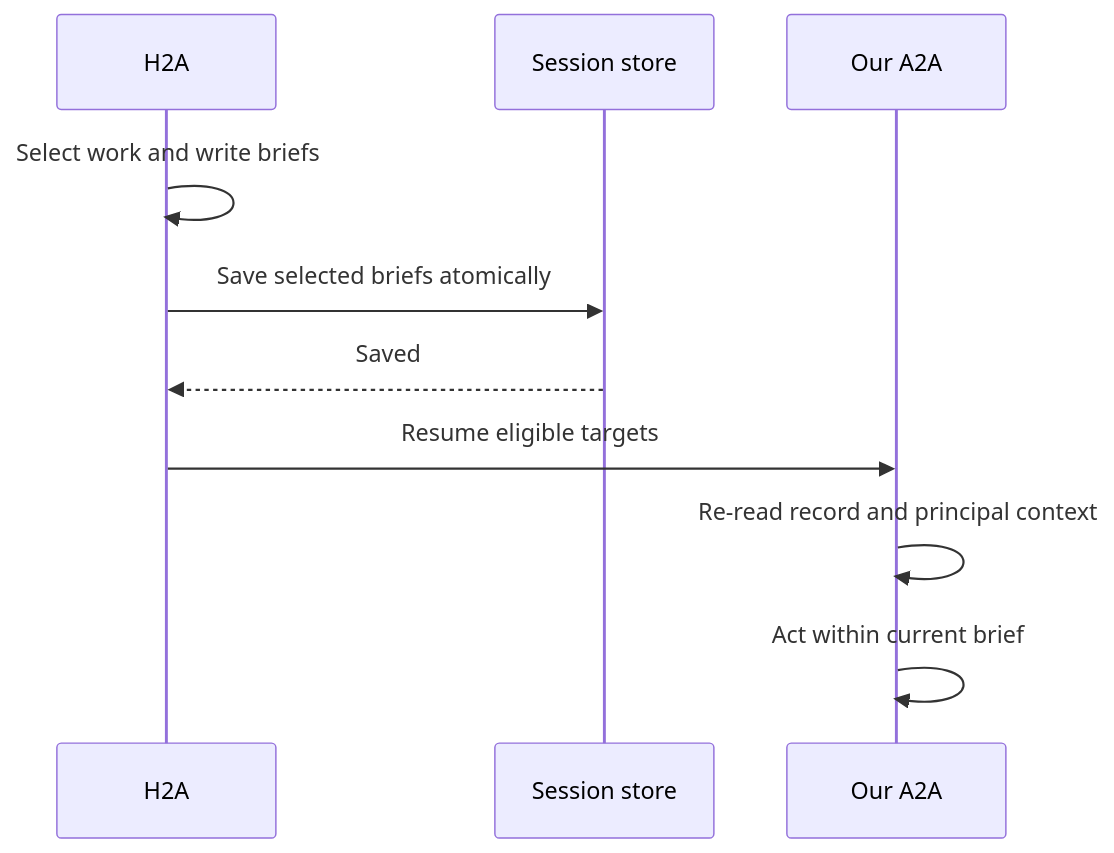
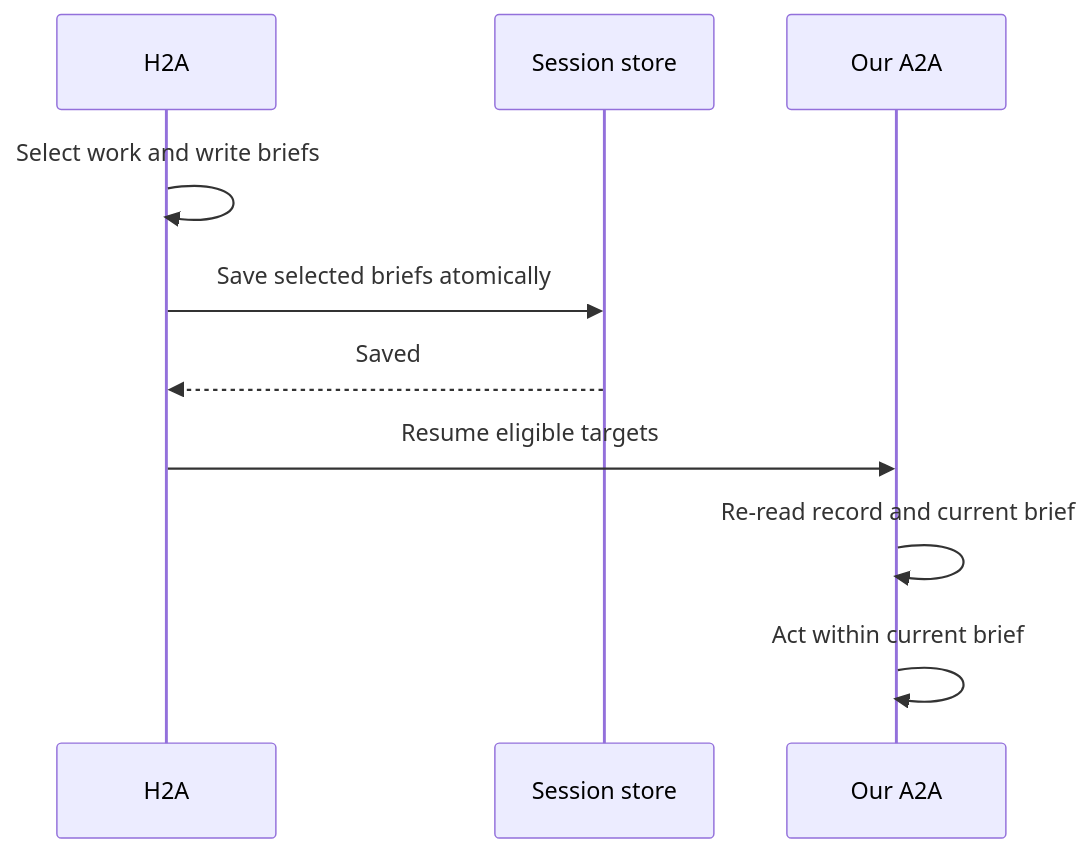
Before and after one commit to indexnetwork/index: the second of 2 diagrams in docs/agent-enhancement/briefs.md, drawn with Mermaid. The commit also changed other lines of this file and 13 other files, not shown here.

````diff
--- a/docs/agent-enhancement/briefs.md
+++ b/docs/agent-enhancement/briefs.md
@@ -31,12 +33,12 @@
 ```mermaid
 sequenceDiagram
     participant H as H2A
     participant S as Session store
     participant A as Our A2A
     H->>H: Select work and write briefs
     H->>S: Save selected briefs atomically
     S-->>H: Saved
     H->>A: Resume eligible targets
-    A->>A: Re-read record and principal context
+    A->>A: Re-read record and current brief
     A->>A: Act within current brief
 ```
````
